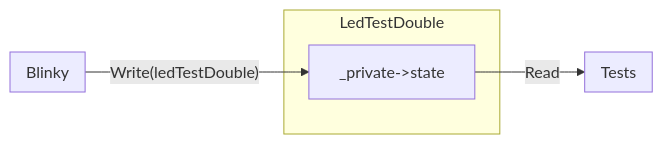
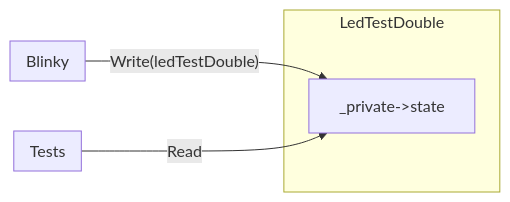
Before and after one commit to CollinDietz/tdd-mocks-and-test-doubles: the first of 8 diagrams in slides/tdd-and-mocks/subsections/mocks_vs_testdoubles.md, drawn with Mermaid. The commit also changed other lines of this file and 4 other files, not shown here.

````diff
--- a/slides/tdd-and-mocks/subsections/mocks_vs_testdoubles.md
+++ b/slides/tdd-and-mocks/subsections/mocks_vs_testdoubles.md
@@ -59,15 +59,15 @@
 ```mermaid
 graph LR
 subgraph Blinky
 end
 
 subgraph LedTestDouble
  a[_private->state]
 end
 
 subgraph Tests
 end
 
 Blinky --> |"Write(ledTestDouble)"| a
-a --> |Read| Tests
+Tests --> |Read| a
 ```
````
